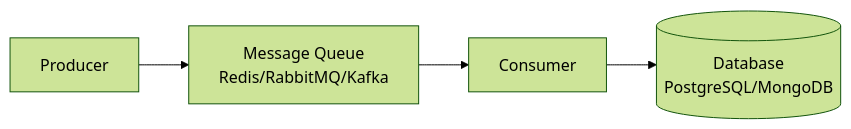
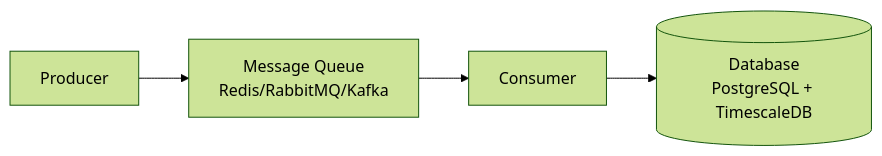
Before and after one commit to dilipmighty245/telemetry-pipeline: the first of 2 diagrams in docs/ETCD_MESSAGE_QUEUE.md, drawn with Mermaid (forest theme). The commit also changed 12 other files, not shown here.

````diff
--- a/docs/ETCD_MESSAGE_QUEUE.md
+++ b/docs/ETCD_MESSAGE_QUEUE.md
@@ -10,6 +10,6 @@
 ```mermaid
 graph LR
     P[Producer] --> MQ[Message Queue<br/>Redis/RabbitMQ/Kafka]
     MQ --> C[Consumer]
-    C --> DB[(Database<br/>PostgreSQL/MongoDB)]
+    C --> DB[(Database<br/>PostgreSQL + TimescaleDB)]
 ```
````
